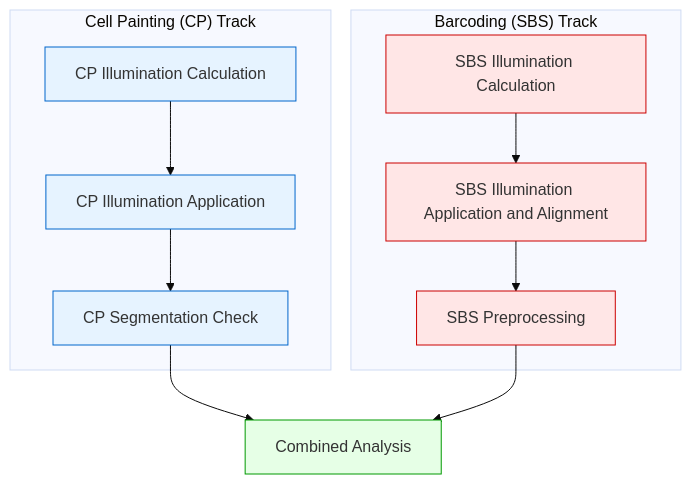
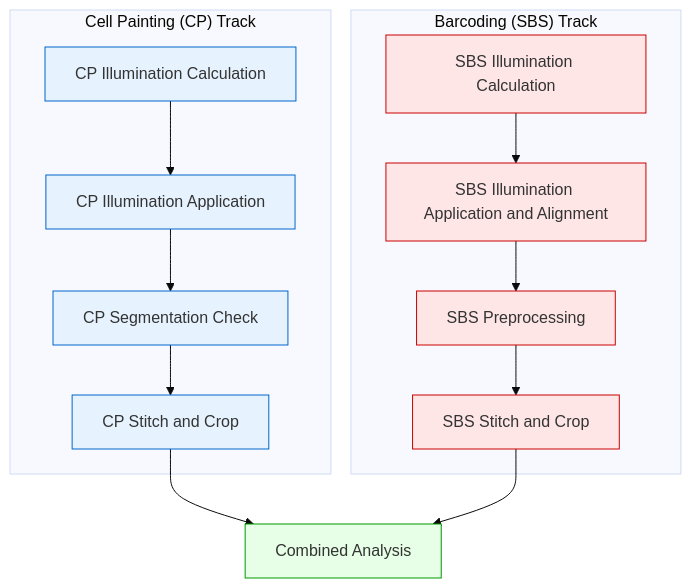
Before and after one commit to broadinstitute/starrynight: the diagram in docs/user/example-pipeline-cli.md, drawn with Mermaid (base theme). The commit also changed other lines of this file, not shown here.

First line of the commit message:
docs: add stitch and crop steps to example pipeline workflow

````diff
--- a/docs/user/example-pipeline-cli.md
+++ b/docs/user/example-pipeline-cli.md
@@ -25,25 +25,27 @@
 ```mermaid
 flowchart TD
     subgraph "Cell Painting (CP) Track"
         CP1["CP Illumination Calculation"] -->
         CP2["CP Illumination Application"] -->
-        CP3["CP Segmentation Check"]
+        CP3["CP Segmentation Check"] -->
+        CP4["CP Stitch and Crop"]
     end
 
     subgraph "Barcoding (SBS) Track"
         SBS1["SBS Illumination Calculation"] -->
         SBS2["SBS Illumination Application and Alignment"] -->
-        SBS3["SBS Preprocessing"]
+        SBS3["SBS Preprocessing"] -->
+        SBS4["SBS Stitch and Crop"]
     end
 
-    CP3 & SBS3 --> Analysis["Combined Analysis"]
+    CP4 & SBS4 --> Analysis["Combined Analysis"]
 
     %% Styling
     classDef cpTrack fill:#e6f3ff,stroke:#0066cc
     classDef sbsTrack fill:#ffe6e6,stroke:#cc0000
     classDef analysisStep fill:#e6ffe6,stroke:#009900
 
-    class CP1,CP2,CP3 cpTrack
-    class SBS1,SBS2,SBS3 sbsTrack
+    class CP1,CP2,CP3,CP4 cpTrack
+    class SBS1,SBS2,SBS3,SBS4 sbsTrack
     class Analysis analysisStep
 ```
````
